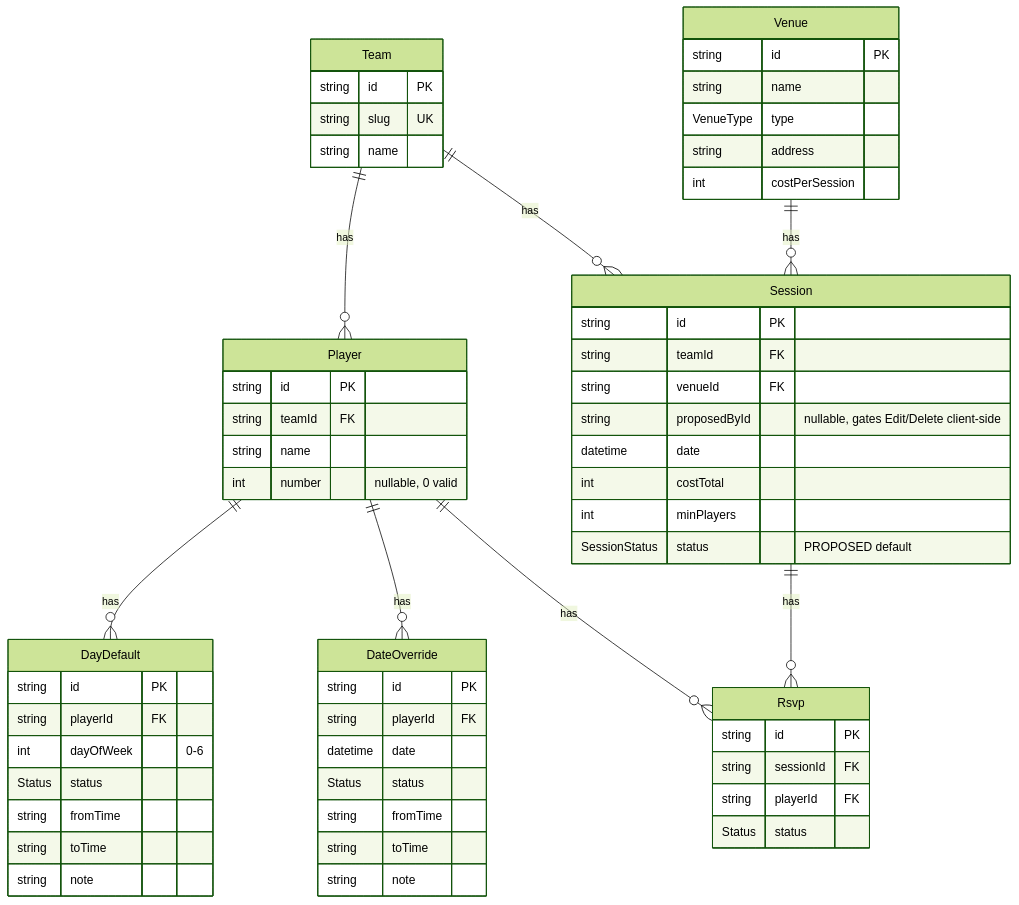
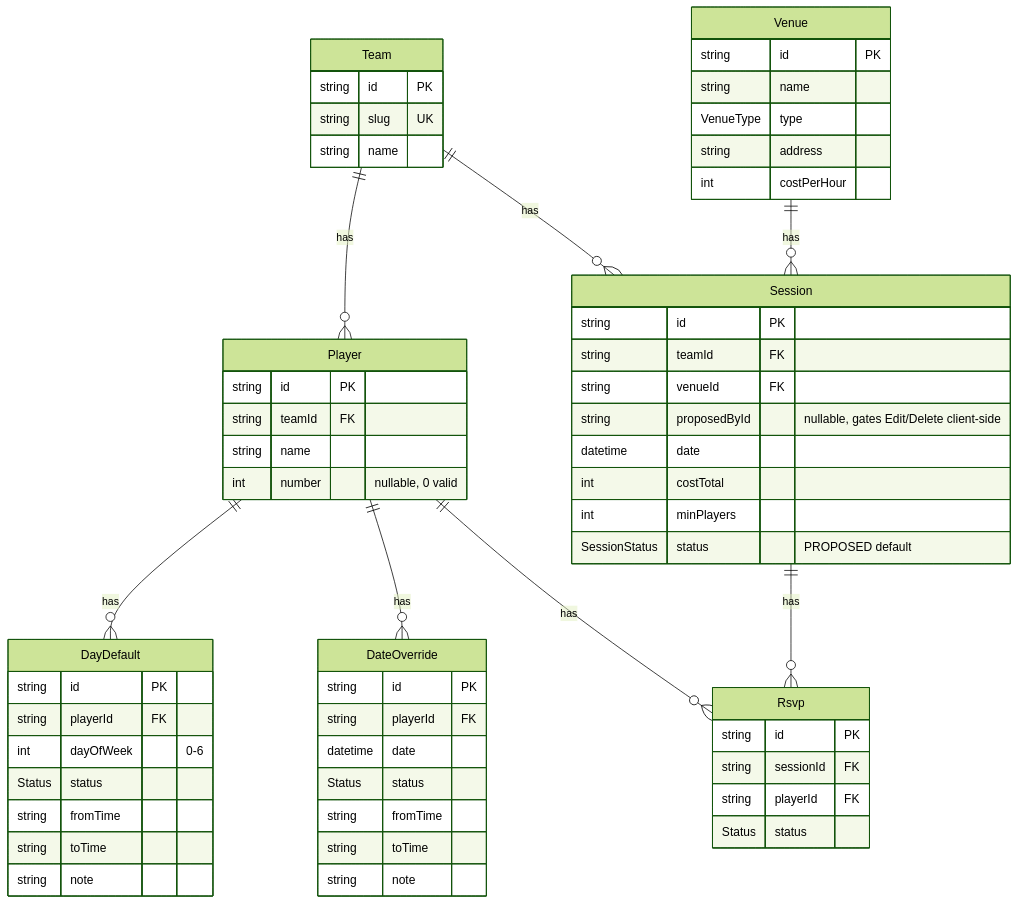
The third of 11 diagrams in context/practiceRuns-Architecture.md (tmdbah/practice-runs), drawn with Mermaid (forest theme) before and after one commit. The commit also changed other lines of this file and 19 other files, not shown here.

````diff
--- a/context/practiceRuns-Architecture.md
+++ b/context/practiceRuns-Architecture.md
@@ -95,63 +93,63 @@
 ```mermaid
 erDiagram
     Team ||--o{ Player : has
     Player ||--o{ DayDefault : has
     Player ||--o{ DateOverride : has
     Team ||--o{ Session : has
     Venue ||--o{ Session : has
     Session ||--o{ Rsvp : has
     Player ||--o{ Rsvp : has
 
     Team {
         string id PK
         string slug UK
         string name
     }
     Player {
         string id PK
         string teamId FK
         string name
         int number "nullable, 0 valid"
     }
     DayDefault {
         string id PK
         string playerId FK
         int dayOfWeek "0-6"
         Status status
         string fromTime
         string toTime
         string note
     }
     DateOverride {
         string id PK
         string playerId FK
         datetime date
         Status status
         string fromTime
         string toTime
         string note
     }
     Venue {
         string id PK
         string name
         VenueType type
         string address
-        int costPerSession
+        int costPerHour
     }
     Session {
         string id PK
         string teamId FK
         string venueId FK
         string proposedById "nullable, gates Edit/Delete client-side"
         datetime date
         int costTotal
         int minPlayers
         SessionStatus status "PROPOSED default"
     }
     Rsvp {
         string id PK
         string sessionId FK
         string playerId FK
         Status status
     }
 ```
````
